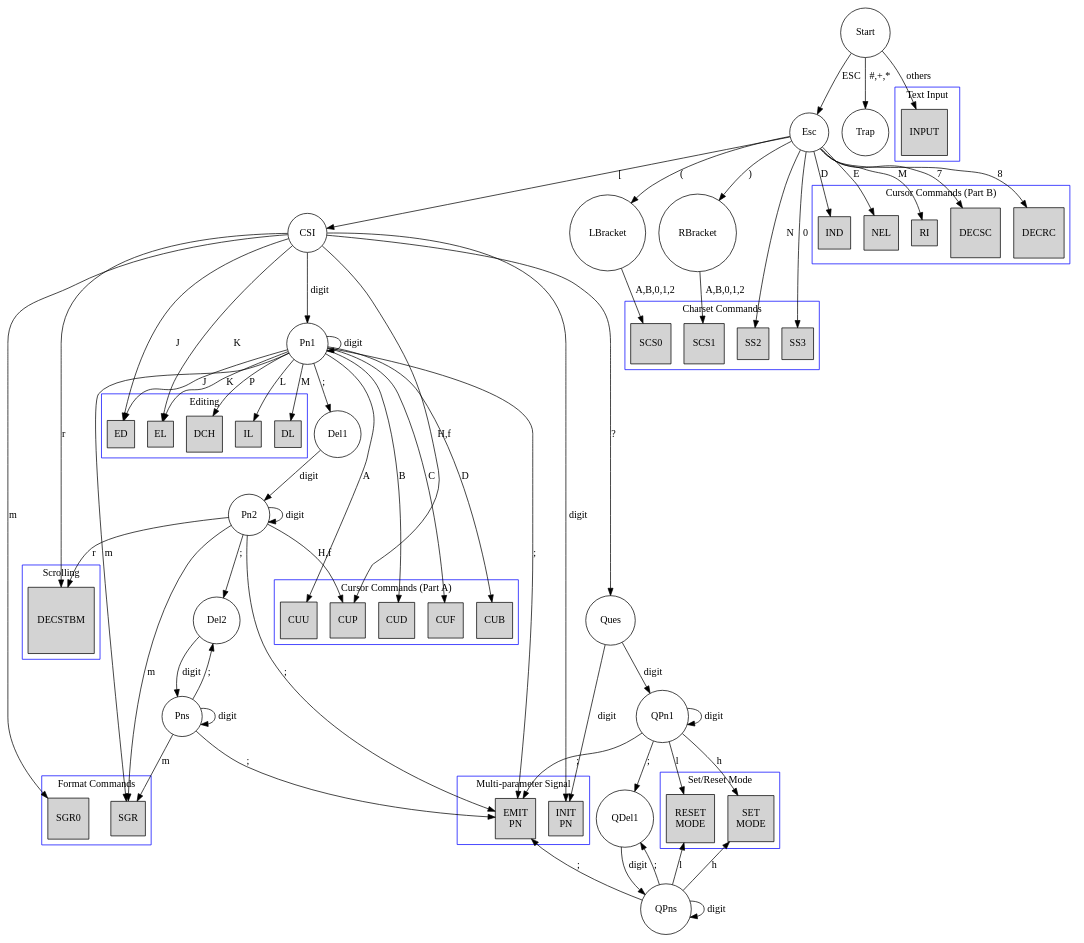
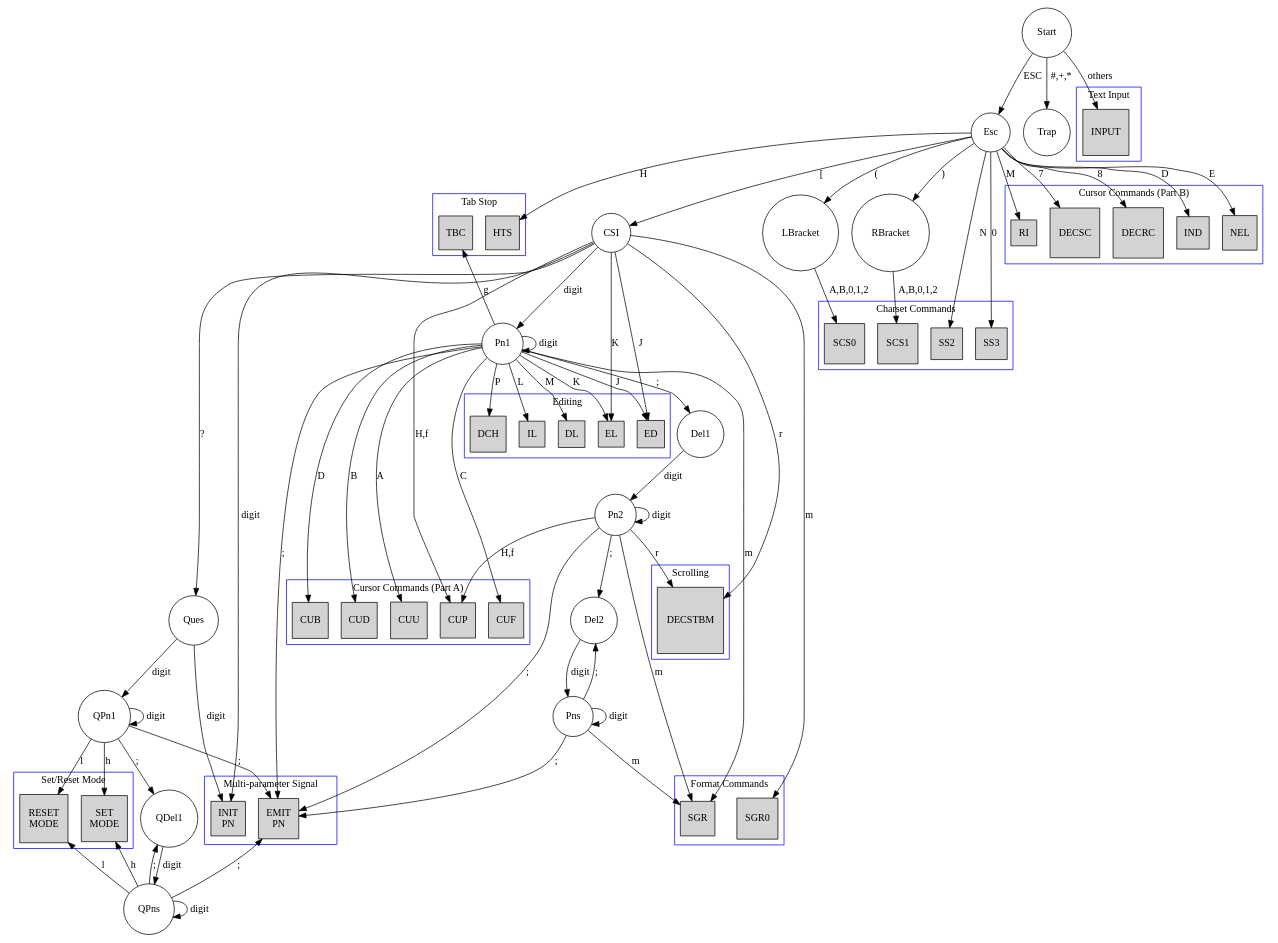
The diagram in doc/DFA.dot (Harry-Chen/fpga-virtual-console), drawn with Graphviz before and after one commit. The commit also changed 2 other files, not shown here.

Commit message:
Tab stop commands parser.

```diff
--- a/doc/DFA.dot
+++ b/doc/DFA.dot
@@ -208,4 +208,14 @@
 		INPUT;
 	}
 	Start->INPUT[label=others];
-}         
+
+	subgraph cluster8 {
+		node[style=filled,shape=square];
+        color=blue;
+        label="Tab Stop";  
+		HTS; TBC;
+	}
+
+	Esc->HTS[label=H];
+	TBC->Pn1[label=g,dir="back"];
+}
```
